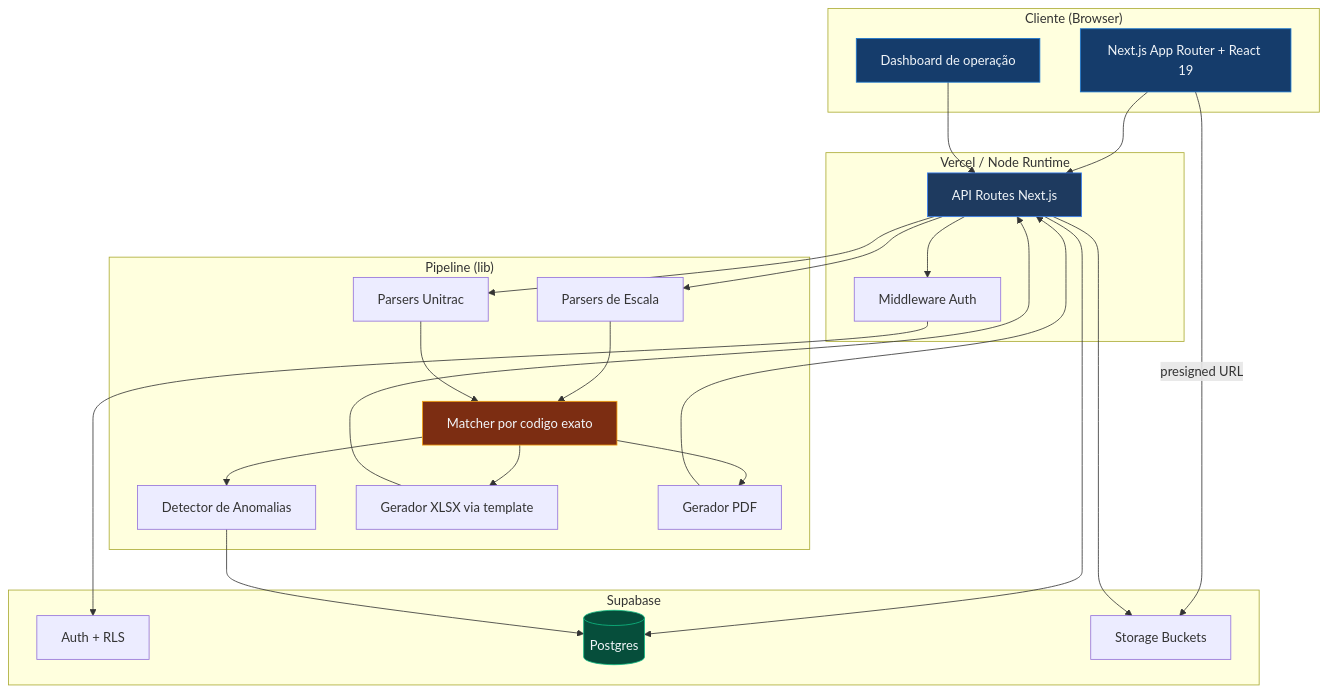
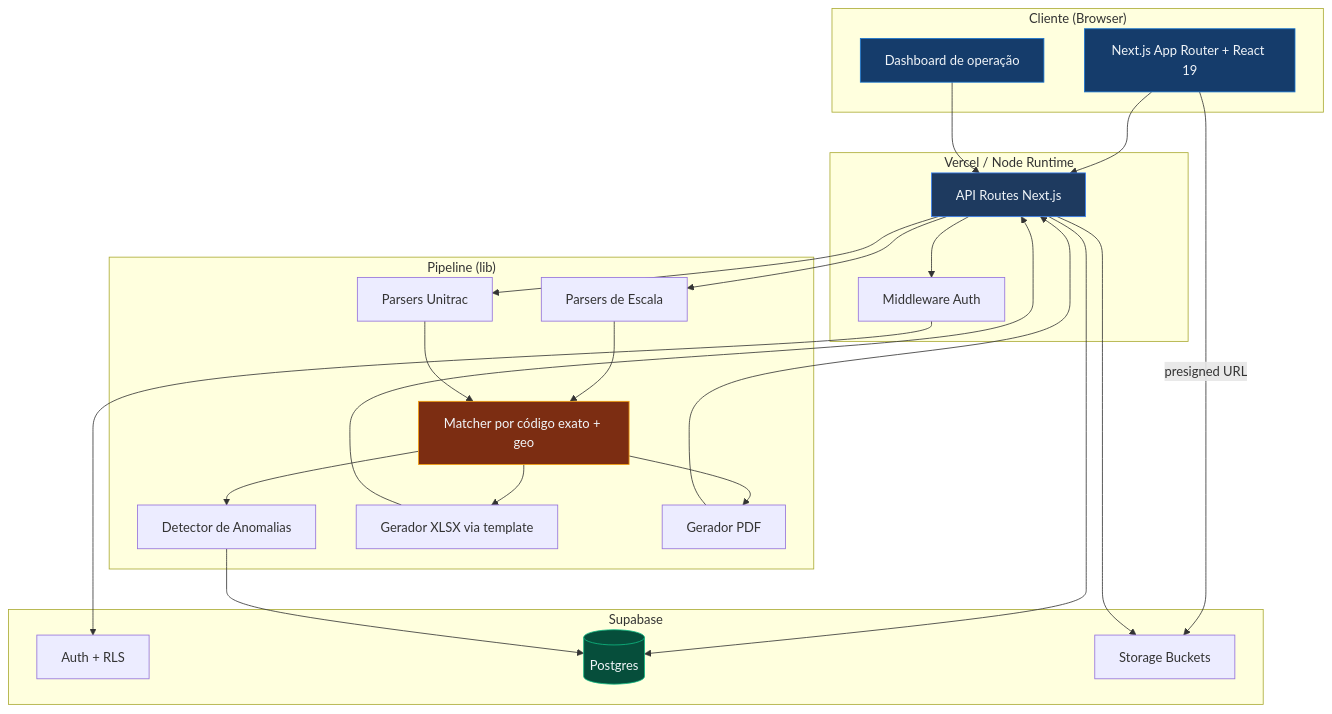
One commit to transmonseg/kpi-transmonseg changed the diagram in README.md. Above: the diagram before and after it, drawn with Mermaid. The commit also changed other lines of this file, not shown here.

````diff
--- a/README.md
+++ b/README.md
@@ -124,46 +87,42 @@
 ```mermaid
 graph TB
     subgraph "Cliente (Browser)"
         UI[Next.js App Router + React 19]
         DASH[Dashboard de operação]
     end
-
     subgraph "Vercel / Node Runtime"
         API[API Routes Next.js]
         MW[Middleware Auth]
     end
-
     subgraph "Supabase"
         AUTH[Auth + RLS]
         DB[(Postgres)]
         STG[Storage Buckets]
     end
-
     subgraph "Pipeline (lib)"
         PE[Parsers de Escala]
         PU[Parsers Unitrac]
-        M[Matcher por codigo exato]
+        M[Matcher por código exato + geo]
         AN[Detector de Anomalias]
         GX[Gerador XLSX via template]
         GP[Gerador PDF]
     end
-
     UI -->|presigned URL| STG
     UI --> API
     DASH --> API
     API --> MW --> AUTH
     API --> DB
     API --> STG
     API --> PE & PU
     PE & PU --> M
     M --> AN
     M --> GX & GP
     GX & GP --> API
     AN --> DB
 
     style UI fill:#153c6b,stroke:#1976d2,color:#f1f5f9
     style DASH fill:#153c6b,stroke:#1976d2,color:#f1f5f9
     style API fill:#1e3a5f,stroke:#3b82f6,color:#f1f5f9
     style DB fill:#064e3b,stroke:#10b981,color:#f1f5f9
     style M fill:#7c2d12,stroke:#f59e0b,color:#f1f5f9
 ```
````
